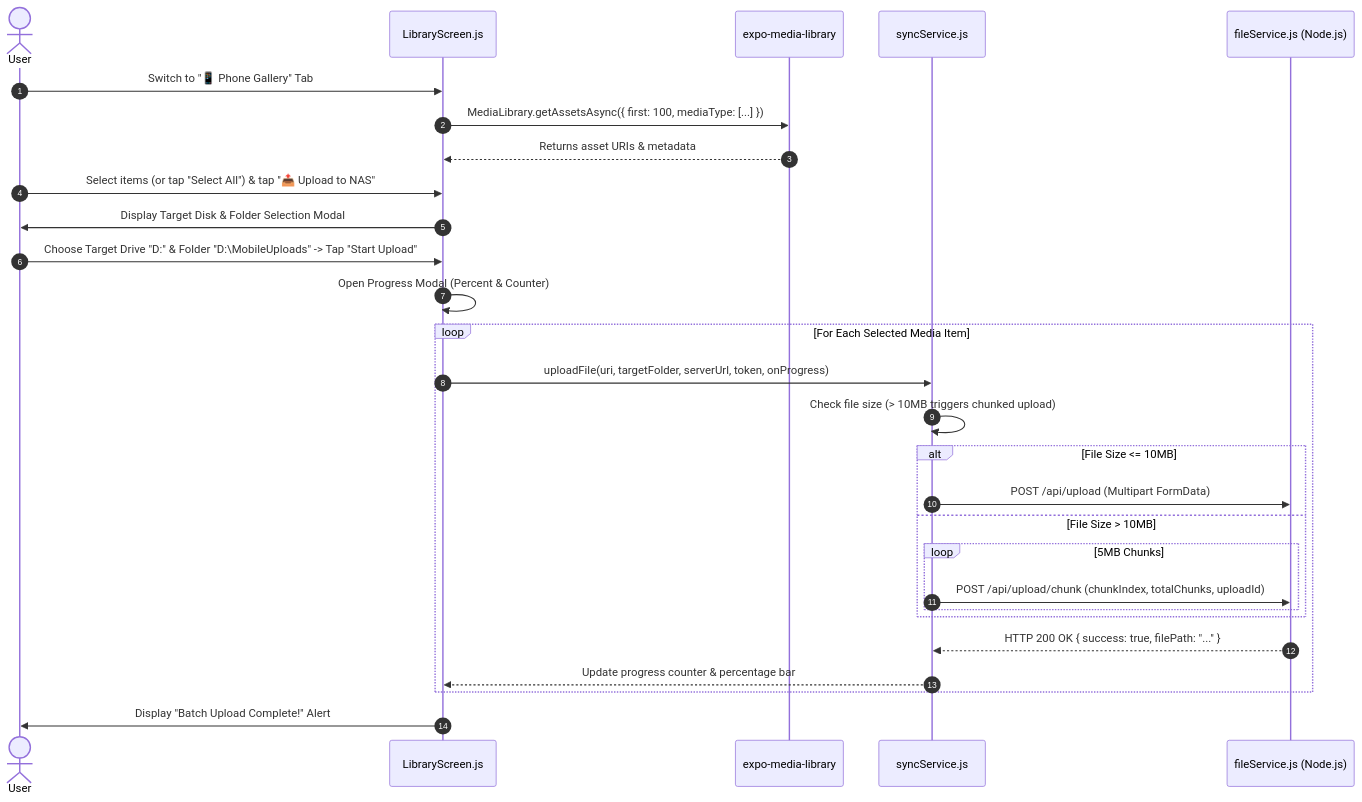
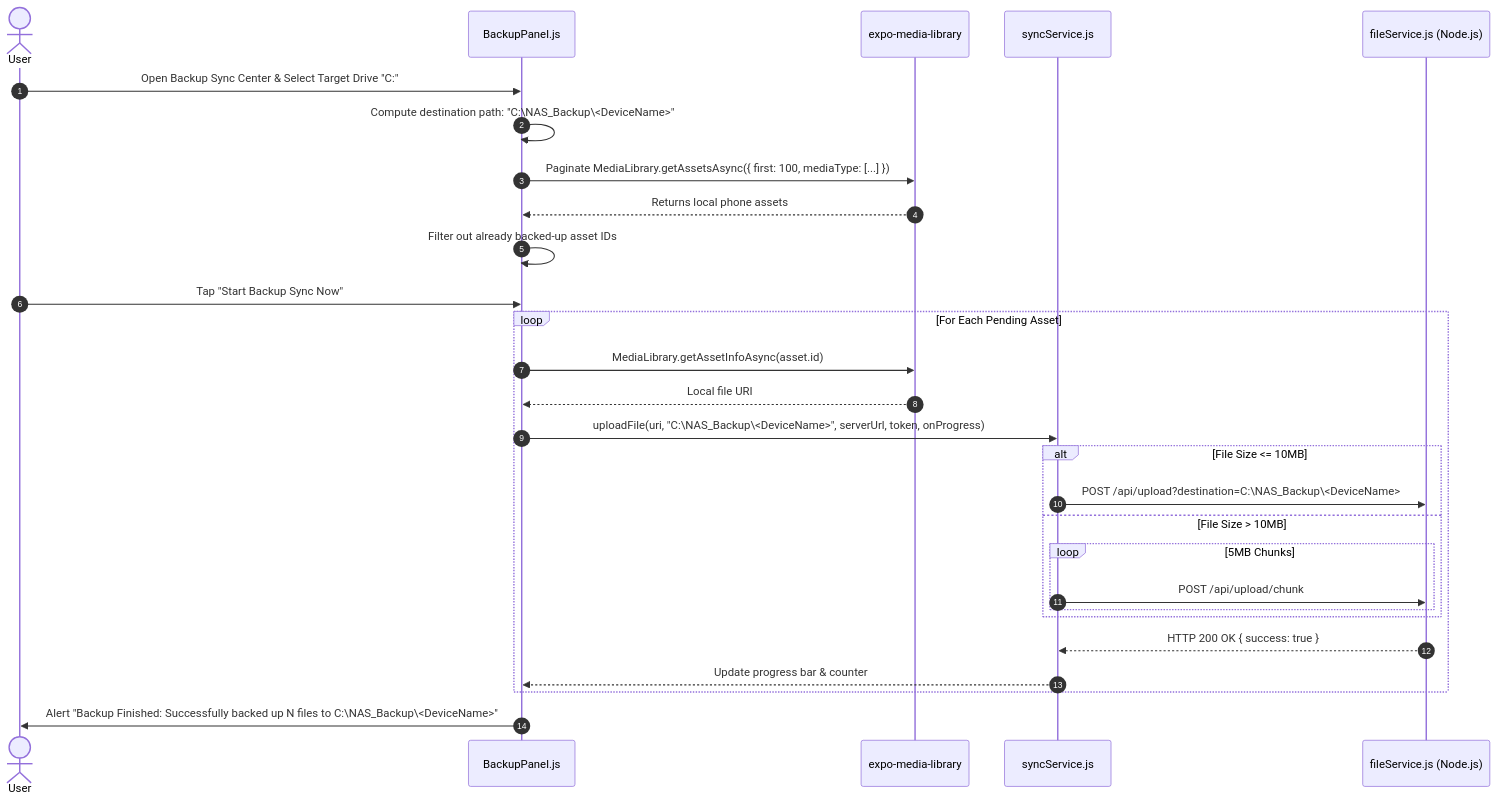
The fourth of 5 diagrams in CODE_GRAPH.md (Irfan13121995/MyNAS), drawn with Mermaid before and after one commit. The commit also changed other lines of this file and 17 other files, not shown here.

Commit message:
feat: Add mobile topbar header, user-specific QR auto-login, per-user disk access control, camera roll backup fixes, liquid glass UI, and documentation

````diff
--- a/CODE_GRAPH.md
+++ b/CODE_GRAPH.md
@@ -251,33 +266,33 @@
 ```mermaid
 sequenceDiagram
     autonumber
     actor User
-    participant Lib as LibraryScreen.js
+    participant Panel as BackupPanel.js
     participant Media as expo-media-library
     participant Sync as syncService.js
     participant Server as fileService.js (Node.js)
 
-    User->>Lib: Switch to "📱 Phone Gallery" Tab
-    Lib->>Media: MediaLibrary.getAssetsAsync({ first: 100, mediaType: [...] })
-    Media-->>Lib: Returns asset URIs & metadata
-    User->>Lib: Select items (or tap "Select All") & tap "📤 Upload to NAS"
-    Lib->>User: Display Target Disk & Folder Selection Modal
-    User->>Lib: Choose Target Drive "D:" & Folder "D:\MobileUploads" -> Tap "Start Upload"
-    Lib->>Lib: Open Progress Modal (Percent & Counter)
+    User->>Panel: Open Backup Sync Center & Select Target Drive "C:"
+    Panel->>Panel: Compute destination path: "C:\NAS_Backup\<DeviceName>"
+    Panel->>Media: Paginate MediaLibrary.getAssetsAsync({ first: 100, mediaType: [...] })
+    Media-->>Panel: Returns local phone assets
+    Panel->>Panel: Filter out already backed-up asset IDs
+    User->>Panel: Tap "Start Backup Sync Now"
 
-    loop For Each Selected Media Item
-        Lib->>Sync: uploadFile(uri, targetFolder, serverUrl, token, onProgress)
-        Sync->>Sync: Check file size (> 10MB triggers chunked upload)
+    loop For Each Pending Asset
+        Panel->>Media: MediaLibrary.getAssetInfoAsync(asset.id)
+        Media-->>Panel: Local file URI
+        Panel->>Sync: uploadFile(uri, "C:\NAS_Backup\<DeviceName>", serverUrl, token, onProgress)
         alt File Size <= 10MB
-            Sync->>Server: POST /api/upload (Multipart FormData)
+            Sync->>Server: POST /api/upload?destination=C:\NAS_Backup\<DeviceName>
         else File Size > 10MB
             loop 5MB Chunks
-                Sync->>Server: POST /api/upload/chunk (chunkIndex, totalChunks, uploadId)
+                Sync->>Server: POST /api/upload/chunk
             end
         end
-        Server-->>Sync: HTTP 200 OK { success: true, filePath: "..." }
-        Sync-->>Lib: Update progress counter & percentage bar
+        Server-->>Sync: HTTP 200 OK { success: true }
+        Sync-->>Panel: Update progress bar & counter
     end
 
-    Lib->>User: Display "Batch Upload Complete!" Alert
+    Panel->>User: Alert "Backup Finished: Successfully backed up N files to C:\NAS_Backup\<DeviceName>"
 ```
````
